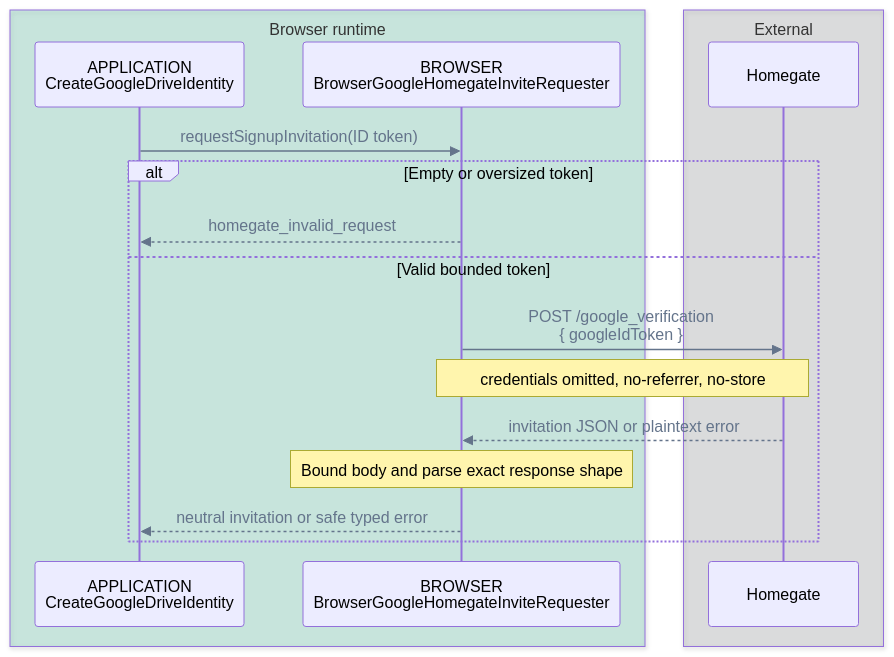
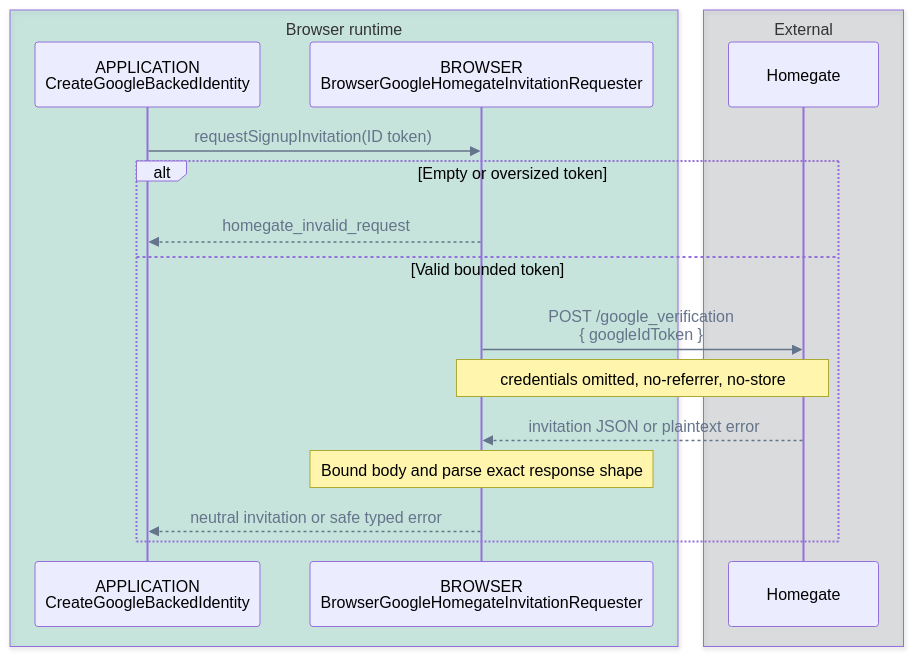
Diagram 14 of 14 in FLOWS.md (pubky/pubky-passport), drawn with Mermaid before and after one commit. The commit also changed other lines of this file and 24 other files, not shown here.

Commit message:
refactor: colocate google-backed identity lifecycle

````diff
--- a/FLOWS.md
+++ b/FLOWS.md
@@ -783,24 +791,24 @@
 ```mermaid
 %%{init: {"themeVariables": {"signalColor": "#64748B", "signalTextColor": "#64748B"}}}%%
 sequenceDiagram
     accTitle: Direct browser Homegate invitation call flow
     accDescr: The browser adapter sends only the Google ID token directly to configured Homegate, then bounds and maps the invitation or plaintext error to a safe application result.
     box rgba(0, 158, 115, 0.18) Browser runtime
-        participant UseCase as APPLICATION<br/>CreateGoogleDriveIdentity
-        participant Adapter as BROWSER<br/>BrowserGoogleHomegateInviteRequester
+        participant UseCase as APPLICATION<br/>CreateGoogleBackedIdentity
+        participant Adapter as BROWSER<br/>BrowserGoogleHomegateInvitationRequester
     end
     box rgba(17, 24, 39, 0.12) External
         participant Homegate as Homegate
     end
 
     UseCase->>Adapter: requestSignupInvitation(ID token)
     alt Empty or oversized token
         Adapter-->>UseCase: homegate_invalid_request
     else Valid bounded token
         Adapter->>Homegate: POST /google_verification<br/>{ googleIdToken }
         Note over Adapter,Homegate: credentials omitted, no-referrer, no-store
         Homegate-->>Adapter: invitation JSON or plaintext error
         Note over Adapter: Bound body and parse exact response shape
         Adapter-->>UseCase: neutral invitation or safe typed error
     end
 ```
````
